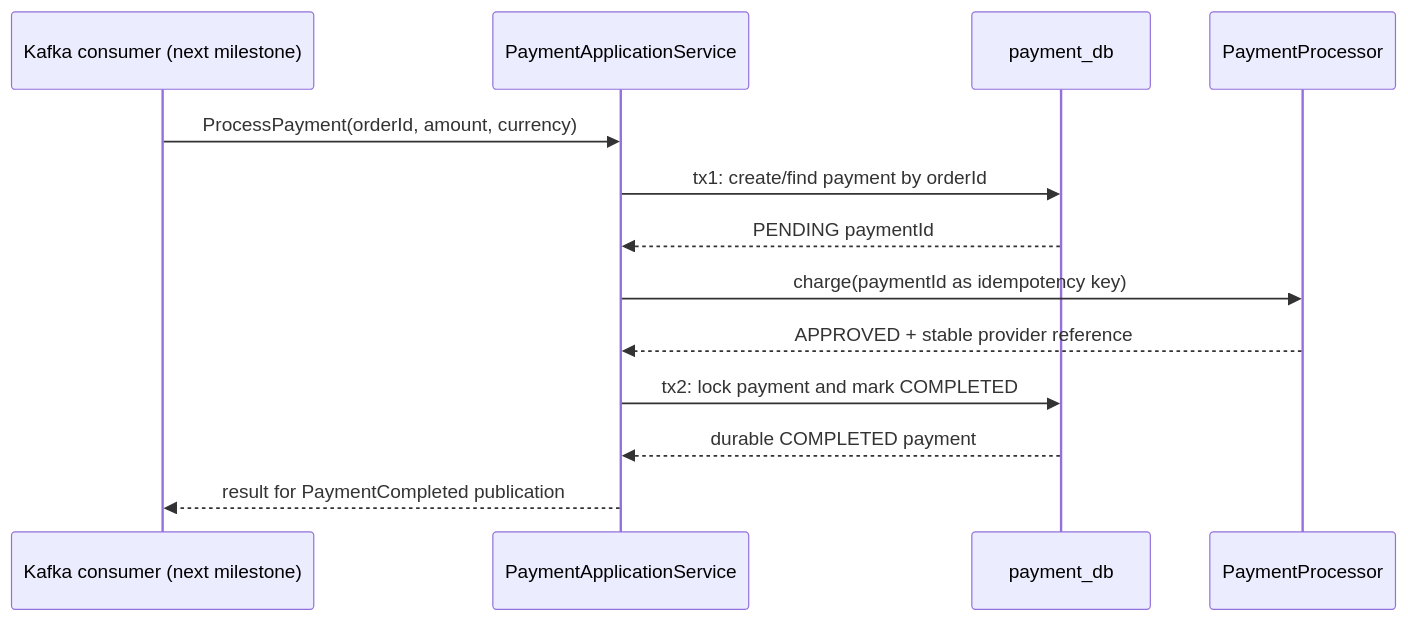
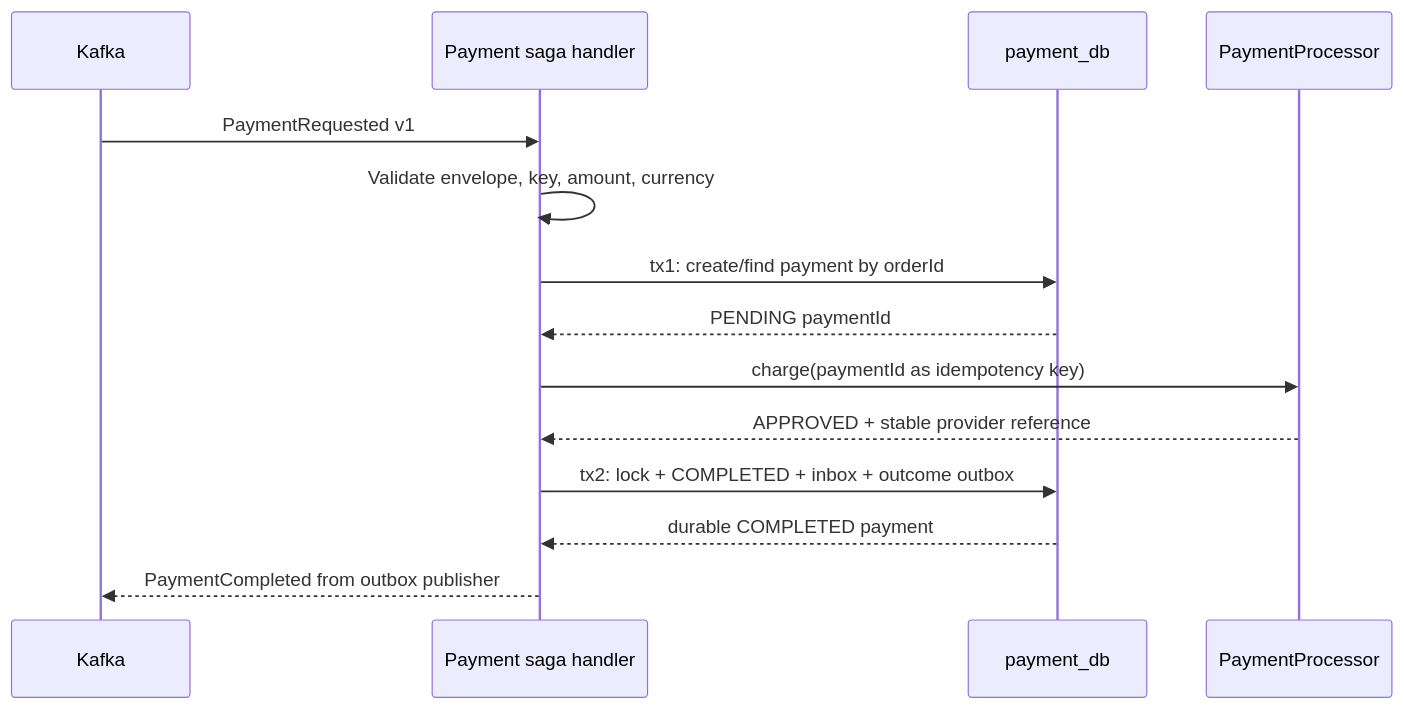
Before and after one commit to tranverse/ecommerce-microservices: the first of 2 diagrams in docs/flows/payment-processing-flow.md, drawn with Mermaid. The commit also changed other lines of this file and 38 other files, not shown here.

Commit message:
feat(payment): process saga commands through kafka

````diff
--- a/docs/flows/payment-processing-flow.md
+++ b/docs/flows/payment-processing-flow.md
@@ -7,16 +7,17 @@
 ```mermaid
 sequenceDiagram
-    participant K as Kafka consumer (next milestone)
-    participant A as PaymentApplicationService
+    participant K as Kafka
+    participant A as Payment saga handler
     participant DB as payment_db
     participant P as PaymentProcessor
 
-    K->>A: ProcessPayment(orderId, amount, currency)
+    K->>A: PaymentRequested v1
+    A->>A: Validate envelope, key, amount, currency
     A->>DB: tx1: create/find payment by orderId
     DB-->>A: PENDING paymentId
     A->>P: charge(paymentId as idempotency key)
     P-->>A: APPROVED + stable provider reference
-    A->>DB: tx2: lock payment and mark COMPLETED
+    A->>DB: tx2: lock + COMPLETED + inbox + outcome outbox
     DB-->>A: durable COMPLETED payment
-    A-->>K: result for PaymentCompleted publication
+    A-->>K: PaymentCompleted from outbox publisher
 ```
````
